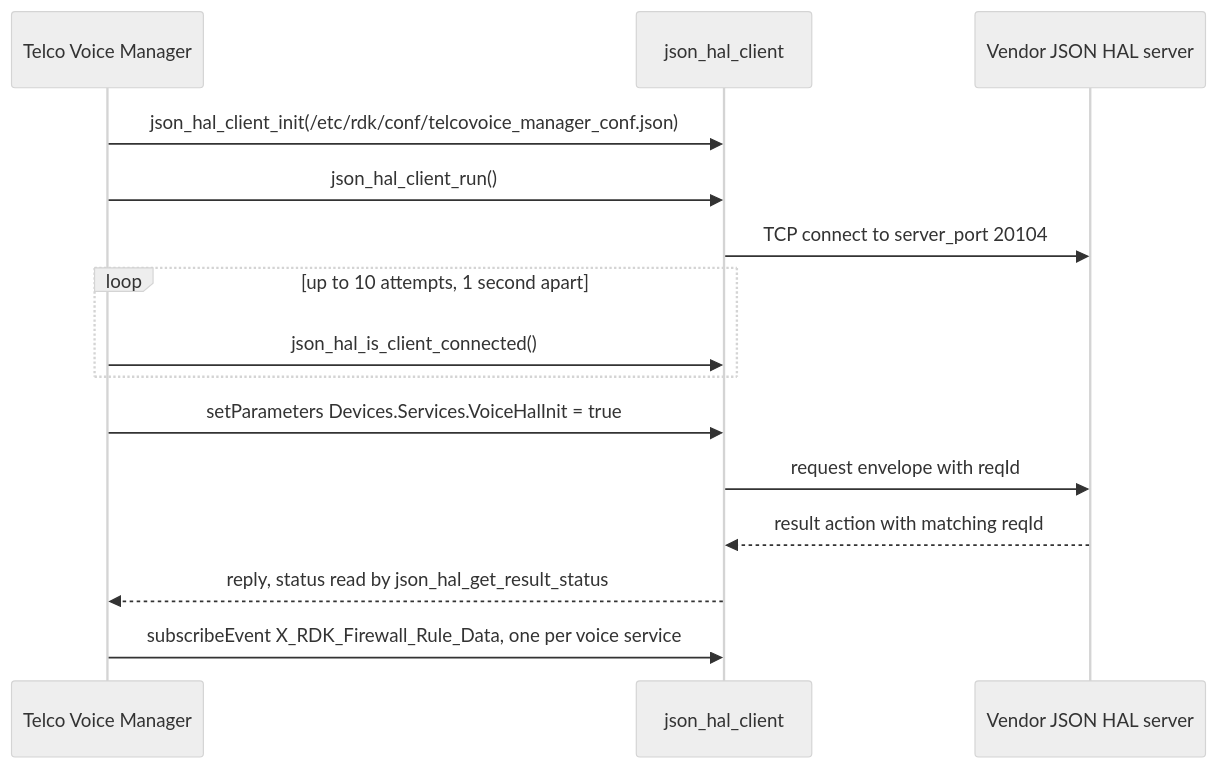
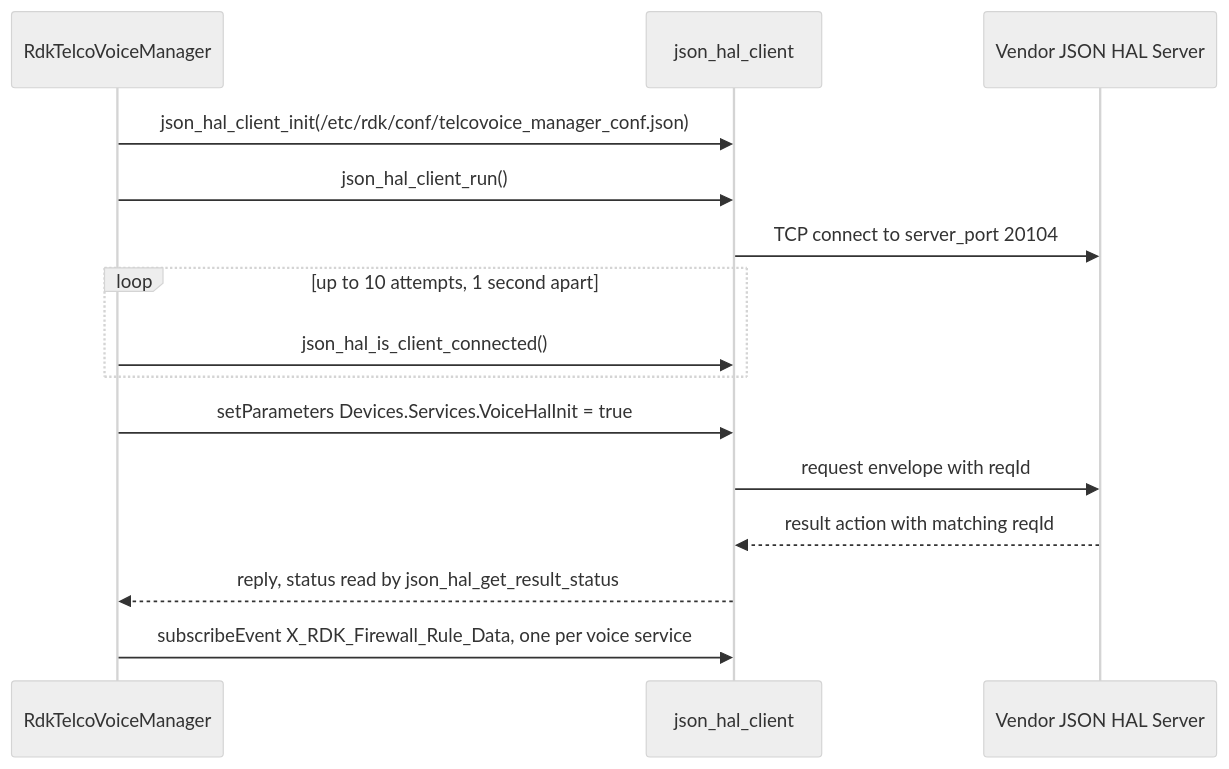
One commit to Blitzy-Sky/telco-voice-manager changed the second of 2 diagrams in README.md. Above: the diagram before and after it, drawn with Mermaid (neutral theme). The commit also changed other lines of this file and 2 other files, not shown here.

````diff
--- a/README.md
+++ b/README.md
@@ -202,17 +204,17 @@
 ```mermaid
 sequenceDiagram
-    participant Mgr as Telco Voice Manager
-    participant Lib as json_hal_client
-    participant Srv as Vendor JSON HAL server
-    Mgr->>Lib: json_hal_client_init(/etc/rdk/conf/telcovoice_manager_conf.json)
-    Mgr->>Lib: json_hal_client_run()
-    Lib->>Srv: TCP connect to server_port 20104
+    participant Mgr as RdkTelcoVoiceManager
+    participant Cli as json_hal_client
+    participant Srv as Vendor JSON HAL Server
+    Mgr->>Cli: json_hal_client_init(/etc/rdk/conf/telcovoice_manager_conf.json)
+    Mgr->>Cli: json_hal_client_run()
+    Cli->>Srv: TCP connect to server_port 20104
     loop up to 10 attempts, 1 second apart
-        Mgr->>Lib: json_hal_is_client_connected()
+        Mgr->>Cli: json_hal_is_client_connected()
     end
-    Mgr->>Lib: setParameters Devices.Services.VoiceHalInit = true
-    Lib->>Srv: request envelope with reqId
-    Srv-->>Lib: result action with matching reqId
-    Lib-->>Mgr: reply, status read by json_hal_get_result_status
-    Mgr->>Lib: subscribeEvent X_RDK_Firewall_Rule_Data, one per voice service
+    Mgr->>Cli: setParameters Devices.Services.VoiceHalInit = true
+    Cli->>Srv: request envelope with reqId
+    Srv-->>Cli: result action with matching reqId
+    Cli-->>Mgr: reply, status read by json_hal_get_result_status
+    Mgr->>Cli: subscribeEvent X_RDK_Firewall_Rule_Data, one per voice service
 ```
````
